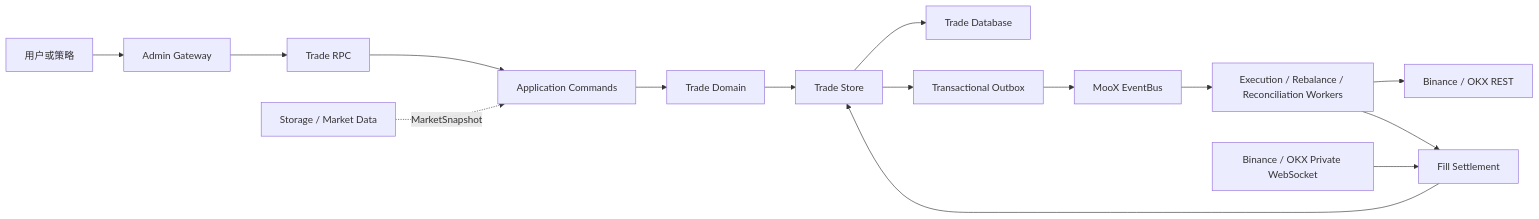
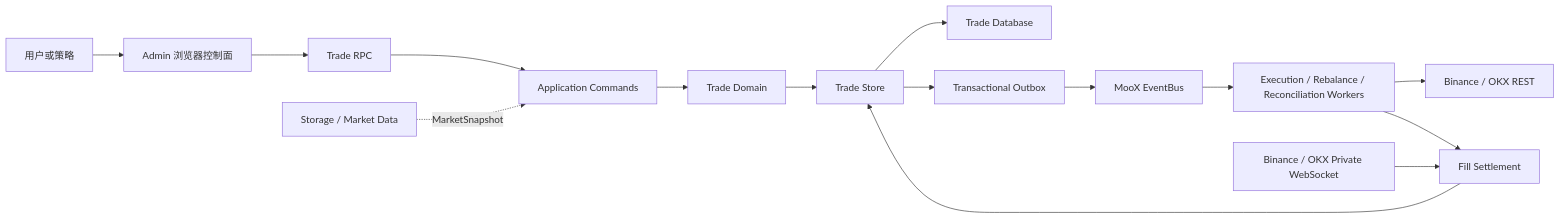
One commit to mooyang-code/moox changed the first of 2 diagrams in docs/交易模块架构设计.md. Above: the diagram before and after it, drawn with Mermaid. The commit also changed 19 other files, not shown here.

First line of the commit message:
docs(gateway): document node service gateway architecture

````diff
--- a/docs/交易模块架构设计.md
+++ b/docs/交易模块架构设计.md
@@ -11,17 +11,17 @@
 ```mermaid
 flowchart LR
-  U["用户或策略"] --> GW["Admin Gateway"]
+  U["用户或策略"] --> GW["Admin 浏览器控制面"]
   GW --> RPC["Trade RPC"]
   RPC --> APP["Application Commands"]
   APP --> DOMAIN["Trade Domain"]
   DOMAIN --> STORE["Trade Store"]
   STORE --> DB["Trade Database"]
   STORE --> OUTBOX["Transactional Outbox"]
   OUTBOX --> BUS["MooX EventBus"]
   BUS --> WORKERS["Execution / Rebalance / Reconciliation Workers"]
   WORKERS --> EX["Binance / OKX REST"]
   EXWS["Binance / OKX Private WebSocket"] --> SETTLE["Fill Settlement"]
   WORKERS --> SETTLE
   SETTLE --> STORE
   STORAGE["Storage / Market Data"] -. "MarketSnapshot" .-> APP
 ```
````
